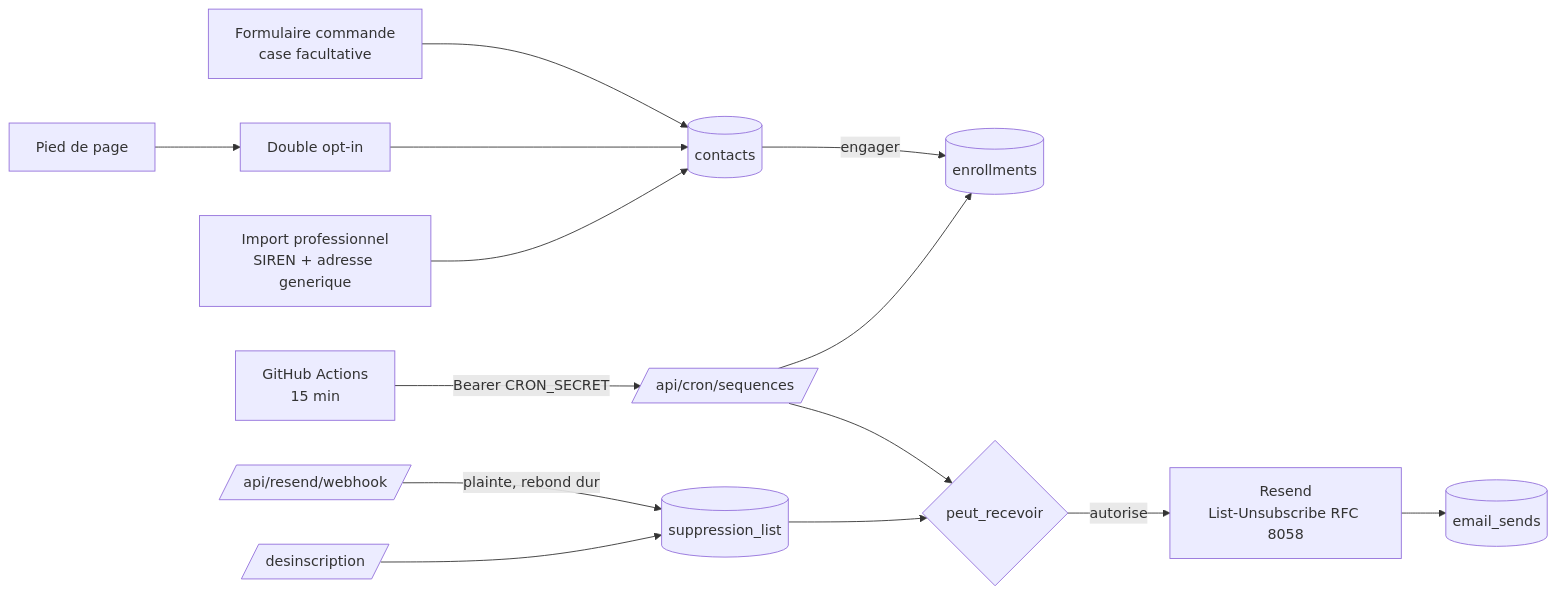
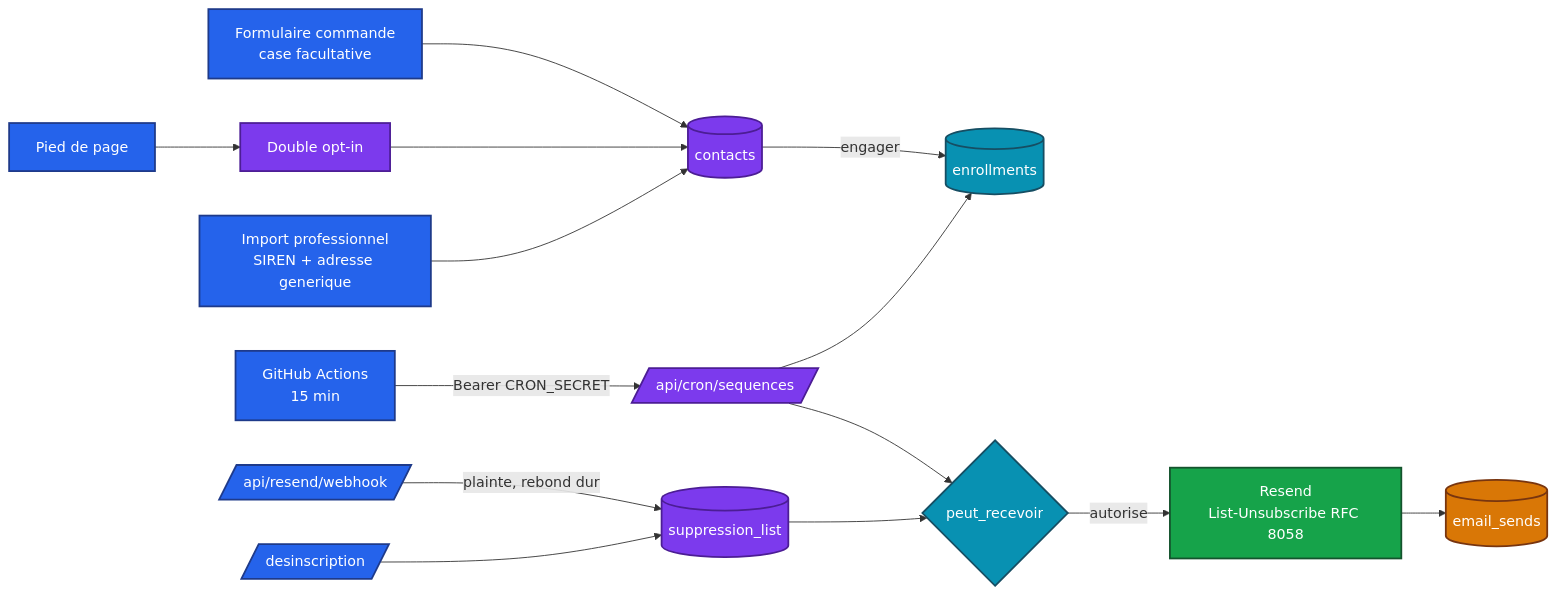
Before and after one commit to Adam-Blf/blf-labs-site: the second of 2 diagrams in README.md, drawn with Mermaid. The commit also changed other lines of this file, not shown here.

First line of the commit message:
docs: add colors to mermaid diagrams (#79)

````diff
--- a/README.md
+++ b/README.md
@@ -195,15 +208,26 @@
 ```mermaid
 flowchart LR
   F1[Formulaire commande<br/>case facultative] --> C[(contacts)]
   F2[Pied de page] --> DOI[Double opt-in] --> C
   IMP[Import professionnel<br/>SIREN + adresse generique] --> C
   C -->|engager| E[(enrollments)]
   CRON[GitHub Actions<br/>15 min] -->|Bearer CRON_SECRET| API[/api/cron/sequences/]
   API --> E
   API --> G{peut_recevoir}
   G -->|autorise| SEND[Resend<br/>List-Unsubscribe RFC 8058]
   SEND --> LOG[(email_sends)]
   WH[/api/resend/webhook/] -->|plainte, rebond dur| SUP[(suppression_list)]
   UNSUB[/desinscription/] --> SUP
   SUP --> G
+
+  classDef c0 fill:#2563eb,stroke:#1e3a8a,stroke-width:2px,color:#ffffff
+  classDef c1 fill:#7c3aed,stroke:#4c1d95,stroke-width:2px,color:#ffffff
+  classDef c2 fill:#0891b2,stroke:#164e63,stroke-width:2px,color:#ffffff
+  classDef c3 fill:#16a34a,stroke:#14532d,stroke-width:2px,color:#ffffff
+  classDef c4 fill:#d97706,stroke:#78350f,stroke-width:2px,color:#ffffff
+  class F1,F2,IMP,CRON,WH,UNSUB c0
+  class C,DOI,API,SUP c1
+  class E,G c2
+  class SEND c3
+  class LOG c4
 ```
````
